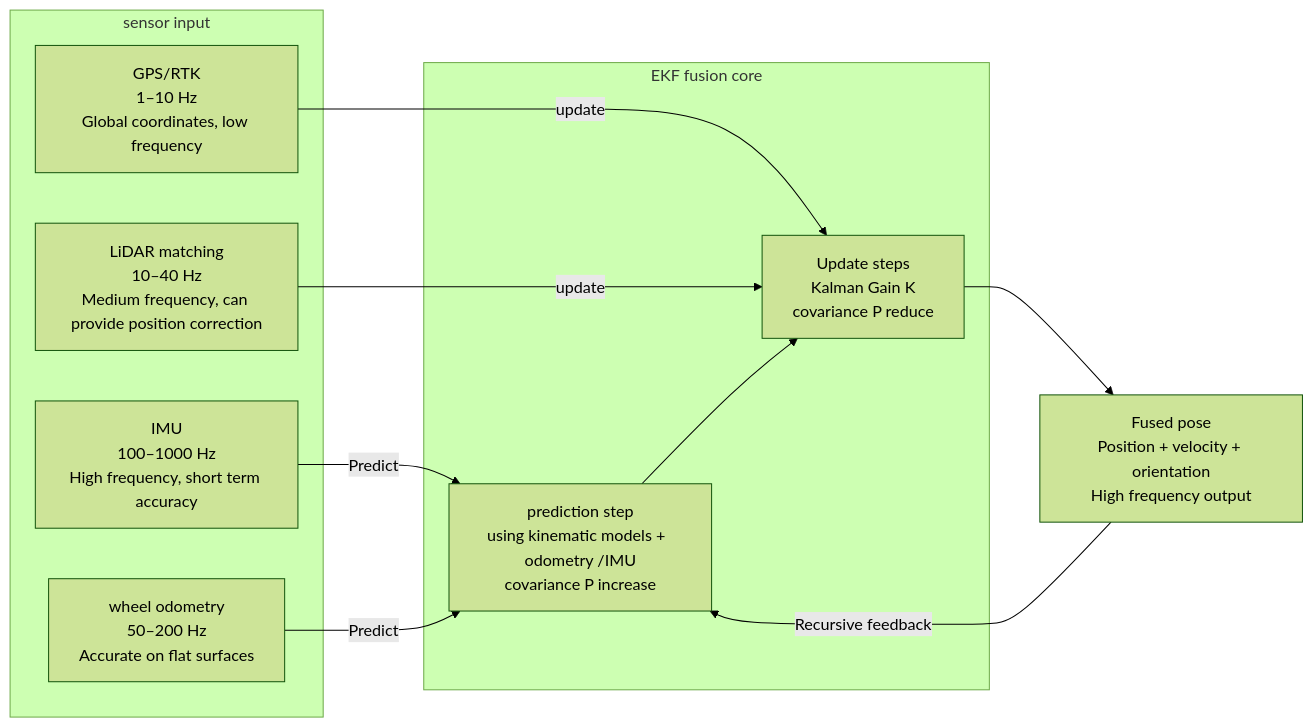
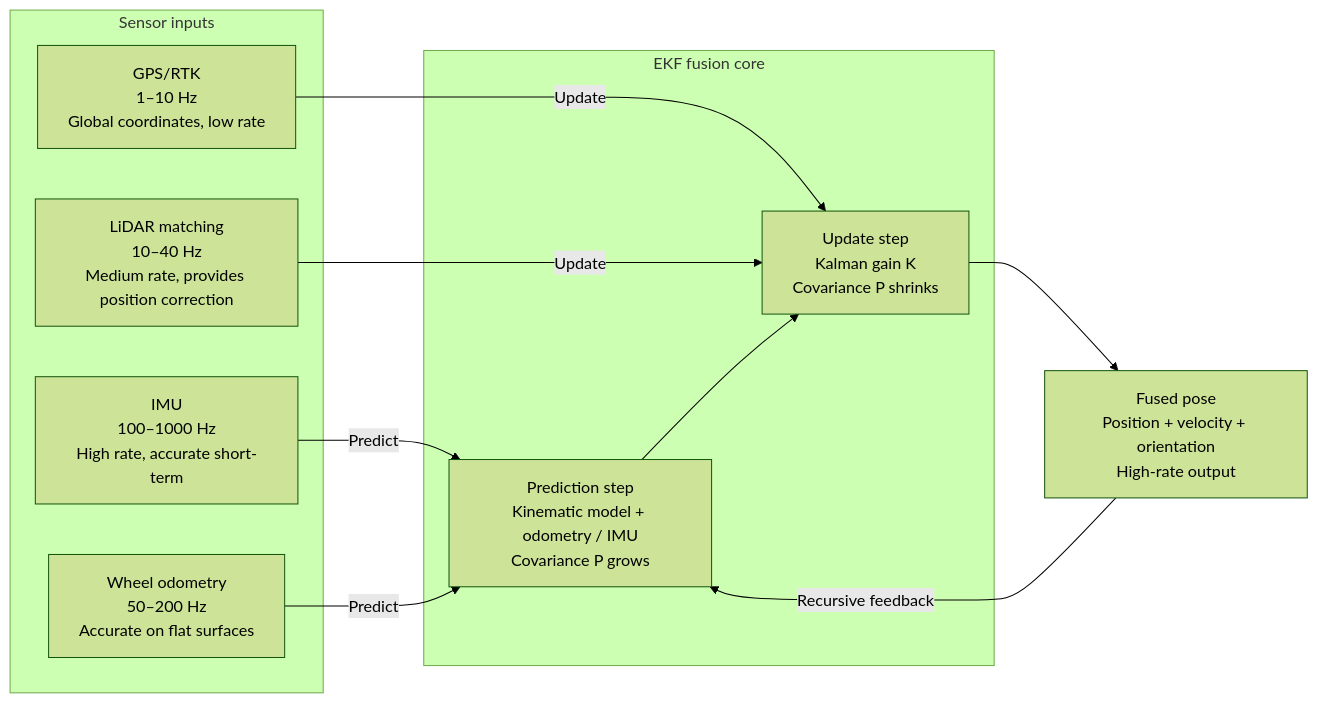
Before and after one commit to TingdeLiu/tingdeliu.github.io: the second of 18 diagrams in _translations/en/research/Robot-Navigation-Survey.md, drawn with Mermaid (forest theme). The commit also changed other lines of this file and 51 other files, not shown here.

````diff
--- a/_translations/en/research/Robot-Navigation-Survey.md
+++ b/_translations/en/research/Robot-Navigation-Survey.md
@@ -257,24 +257,24 @@
 ```mermaid
 flowchart LR
-    subgraph Sensors["sensor input"]
-        IMU["IMU\n100–1000 Hz\nHigh frequency, short term accuracy"]
-        ODO["wheel odometry\n50–200 Hz\nAccurate on flat surfaces"]
-        GPS["GPS/RTK\n1–10 Hz\nGlobal coordinates, low frequency"]
-        LID["LiDAR matching\n10–40 Hz\nMedium frequency, can provide position correction"]
+    subgraph Sensors["Sensor inputs"]
+        IMU["IMU\n100–1000 Hz\nHigh rate, accurate short-term"]
+        ODO["Wheel odometry\n50–200 Hz\nAccurate on flat surfaces"]
+        GPS["GPS/RTK\n1–10 Hz\nGlobal coordinates, low rate"]
+        LID["LiDAR matching\n10–40 Hz\nMedium rate, provides position correction"]
     end
 
     subgraph EKF["EKF fusion core"]
-        P["prediction step\nusing kinematic models +  odometry /IMU\ncovariance P increase"]
-        U["Update steps\nKalman Gain K\ncovariance P reduce"]
+        P["Prediction step\nKinematic model + odometry / IMU\nCovariance P grows"]
+        U["Update step\nKalman gain K\nCovariance P shrinks"]
     end
 
-    OUT["Fused pose\nPosition + velocity + orientation\nHigh frequency output"]
+    OUT["Fused pose\nPosition + velocity + orientation\nHigh-rate output"]
 
     IMU -->|Predict| P
     ODO -->|Predict| P
-    GPS -->|update| U
-    LID -->|update| U
+    GPS -->|Update| U
+    LID -->|Update| U
     P --> U
     U --> OUT
     OUT -->|Recursive feedback| P
 ```
````
